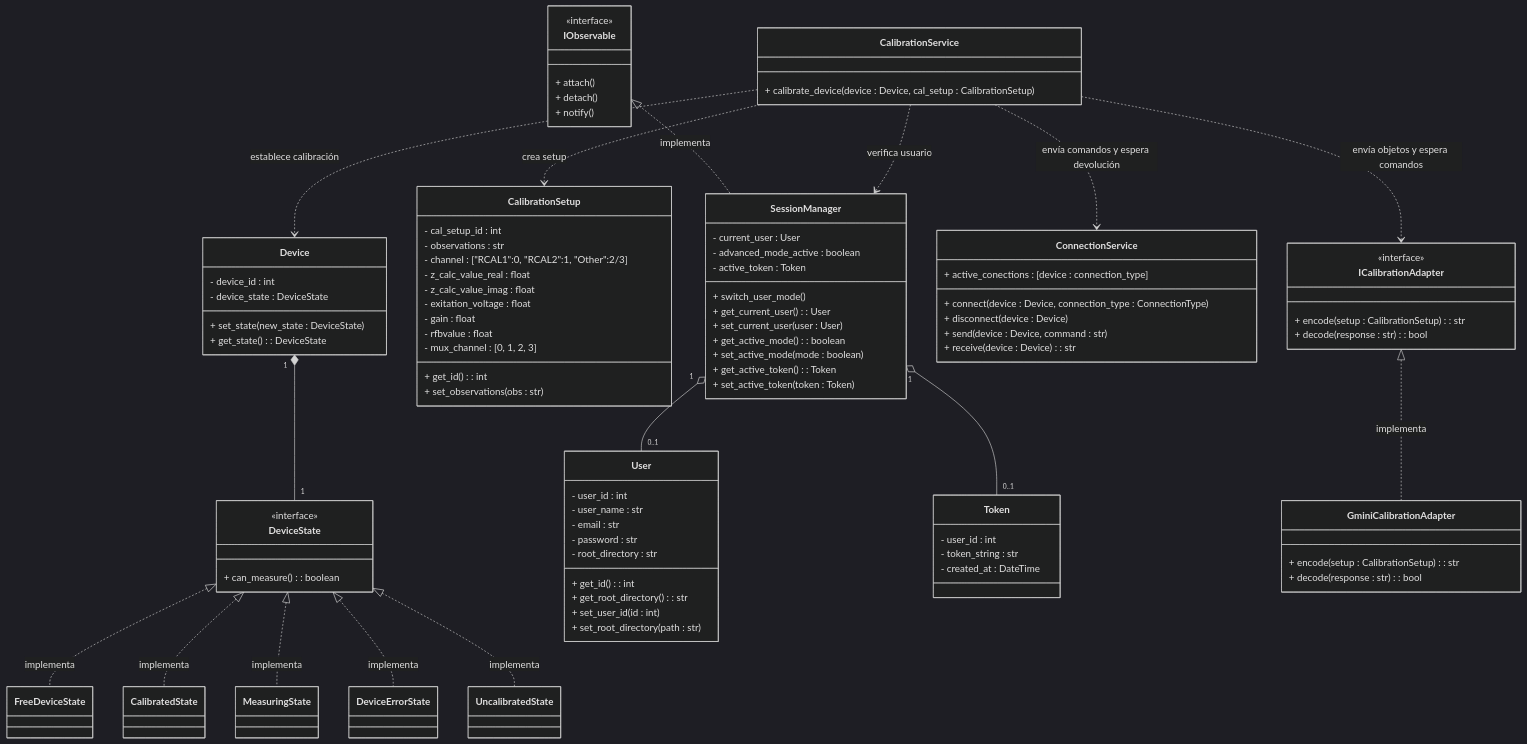
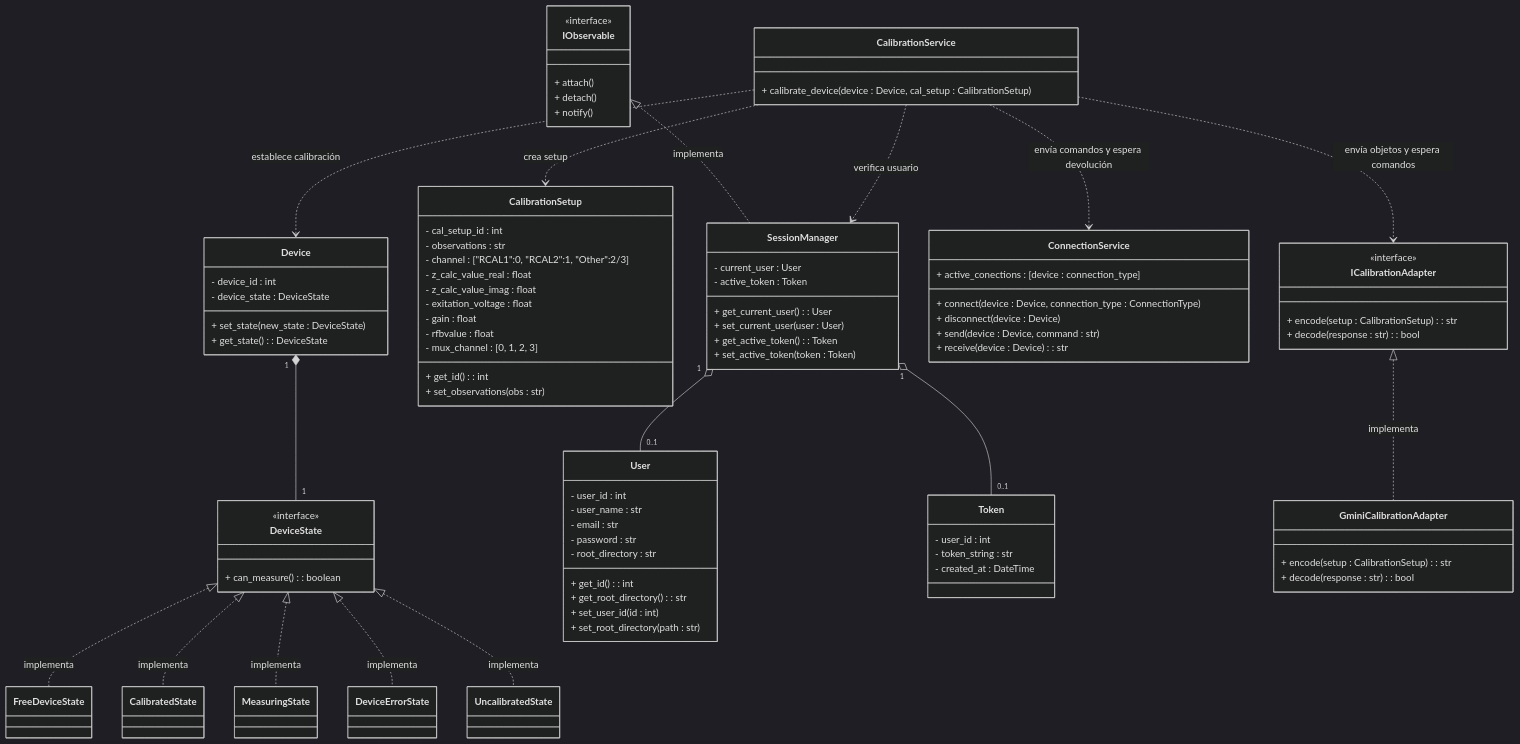
Diagram 12 of 16 in Gmini-MarkDown/Diagramas/Diagramas de Clases.md (alegrelias/Repo-GMini), drawn with Mermaid (dark theme) before and after one commit. The commit also changed other lines of this file, not shown here.

```diff
--- a/Gmini-MarkDown/Diagramas/Diagramas de Clases.md
+++ b/Gmini-MarkDown/Diagramas/Diagramas de Clases.md
@@ -1061,13 +1069,9 @@
 
 class SessionManager{
 	- current_user : User
-	- advanced_mode_active : boolean
 	- active_token : Token
-	+ switch_user_mode()
 	+ get_current_user() : User
 	+ set_current_user(user : User)
-	+ get_active_mode() : boolean
-	+ set_active_mode(mode : boolean)
 	+ get_active_token() : Token
 	+ set_active_token(token : Token)
 }
```
